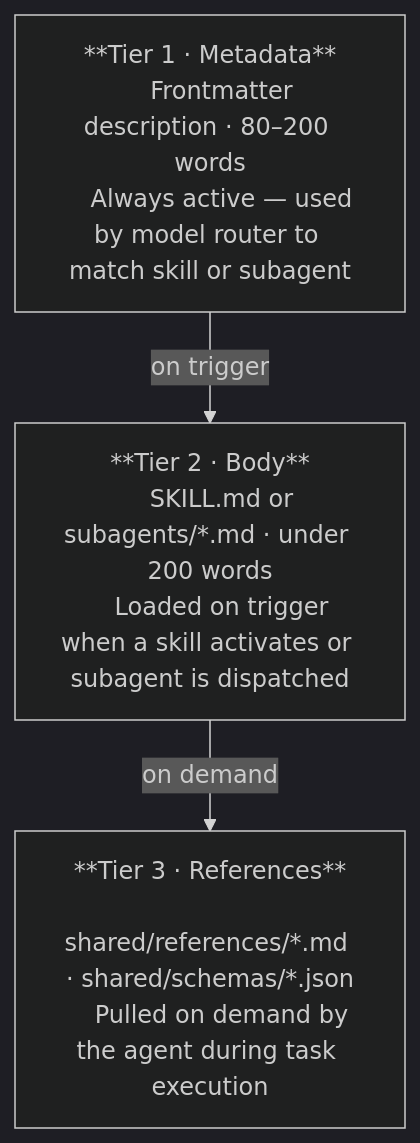
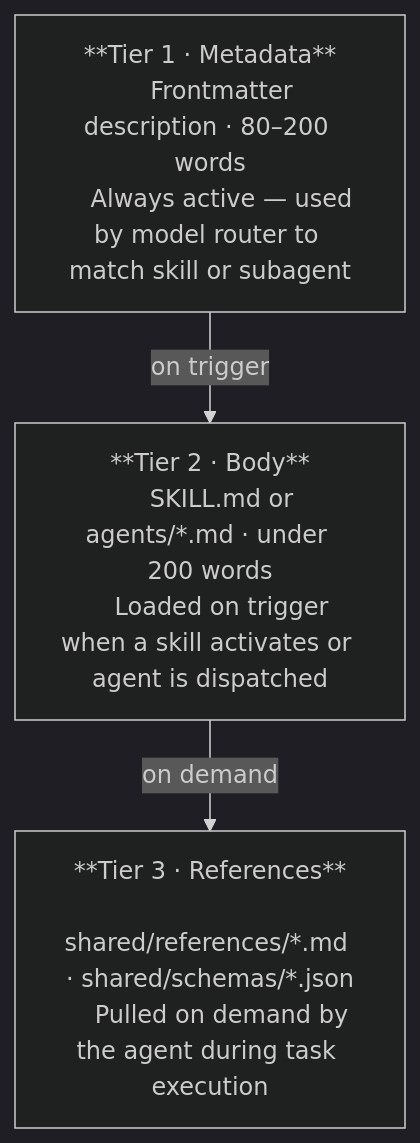
The first of 4 diagrams in ARCHITECTURE.md (orin-dx/agent-plugins), drawn with Mermaid (dark theme) before and after one commit. The commit also changed other lines of this file and 93 other files, not shown here.

````diff
--- a/ARCHITECTURE.md
+++ b/ARCHITECTURE.md
@@ -11,17 +11,17 @@
 ```mermaid
 flowchart TD
     T1["**Tier 1 · Metadata**
     Frontmatter description · 80–200 words
     Always active — used by model router to match skill or subagent"]
 
     T2["**Tier 2 · Body**
-    SKILL.md or subagents/*.md · under 200 words
-    Loaded on trigger when a skill activates or subagent is dispatched"]
+    SKILL.md or agents/*.md · under 200 words
+    Loaded on trigger when a skill activates or agent is dispatched"]
 
     T3["**Tier 3 · References**
     shared/references/*.md · shared/schemas/*.json
     Pulled on demand by the agent during task execution"]
 
     T1 -->|on trigger| T2
     T2 -->|on demand| T3
 ```
````
